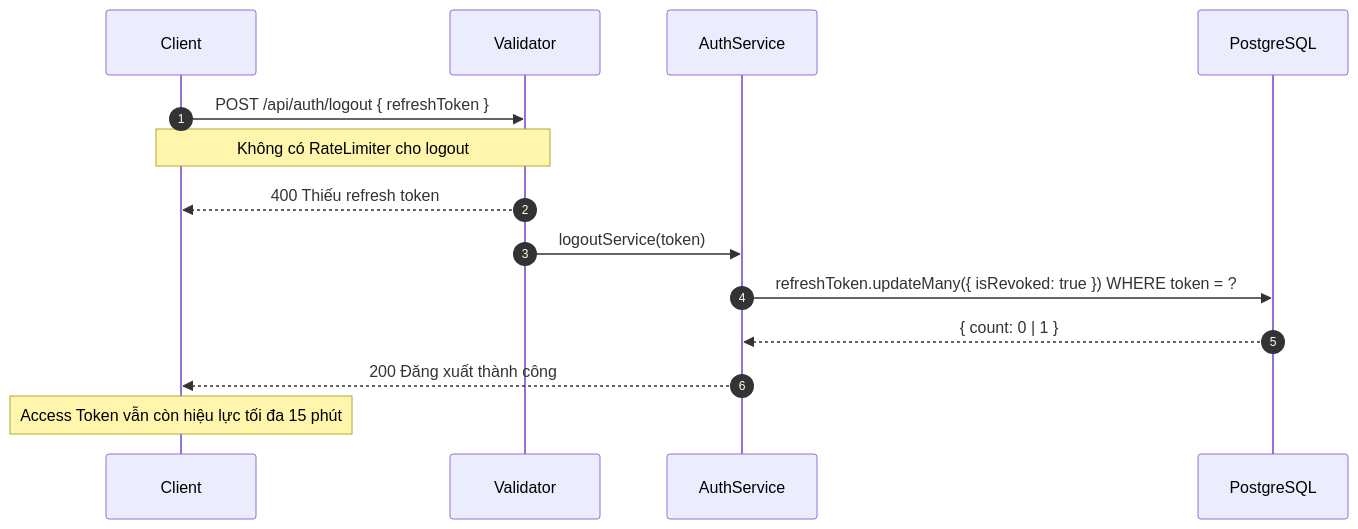
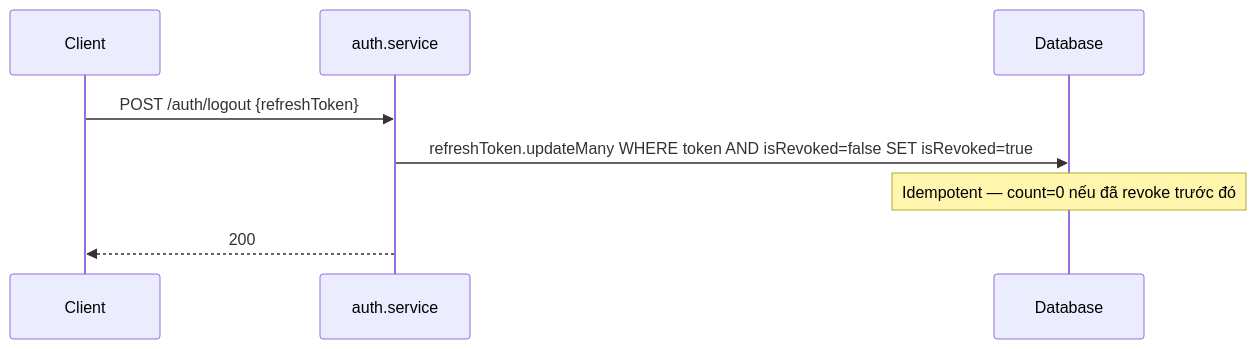
One commit to phamvinh203/mobivexa changed the sixth of 7 diagrams in docs/Auth/SequenceDiagram.md. Above: the diagram before and after it, drawn with Mermaid. The commit also changed other lines of this file and 79 other files, not shown here.

Commit message:
📜 Add documentation for Inventory and Favorite modules including Use Cases, API Specifications, and Activity Diagrams

````diff
--- a/docs/Auth/SequenceDiagram.md
+++ b/docs/Auth/SequenceDiagram.md
@@ -195,17 +136,11 @@
 ```mermaid
 sequenceDiagram
-    autonumber
     participant C as Client
-    participant V as Validator
-    participant S as AuthService
-    participant DB as PostgreSQL
+    participant S as auth.service
+    participant DB as Database
 
-    C->>V: POST /api/auth/logout { refreshToken }
-    Note over C,V: Không có RateLimiter cho logout
-    V-->>C: 400 Thiếu refresh token
-    V->>S: logoutService(token)
-    S->>DB: refreshToken.updateMany({ isRevoked: true }) WHERE token = ?
-    DB-->>S: { count: 0 | 1 }
-    S-->>C: 200 Đăng xuất thành công
-    Note over C: Access Token vẫn còn hiệu lực tối đa 15 phút
+    C->>S: POST /auth/logout {refreshToken}
+    S->>DB: refreshToken.updateMany WHERE token AND isRevoked=false SET isRevoked=true
+    Note over DB: Idempotent — count=0 nếu đã revoke trước đó
+    S-->>C: 200
 ```
````
